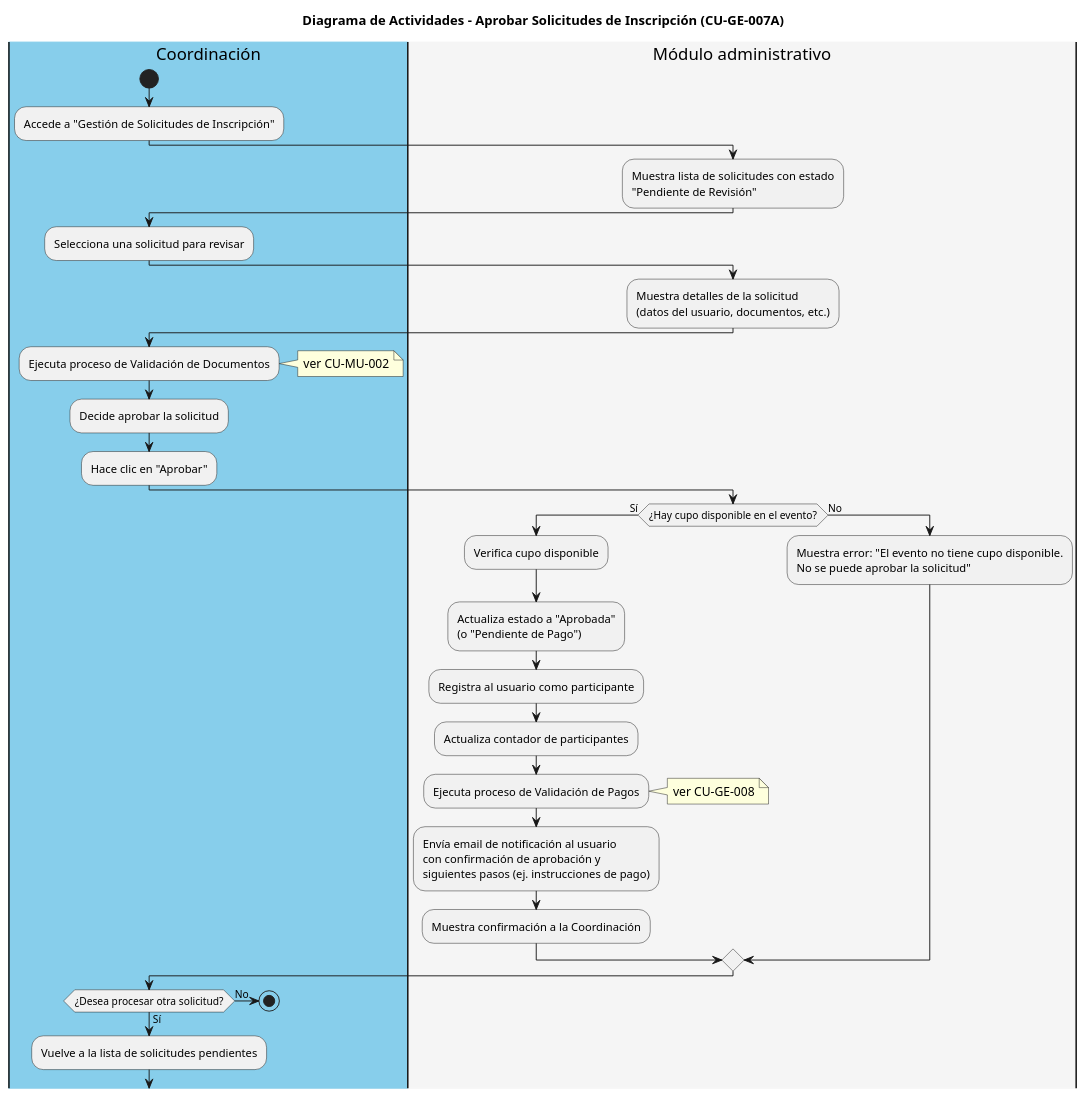
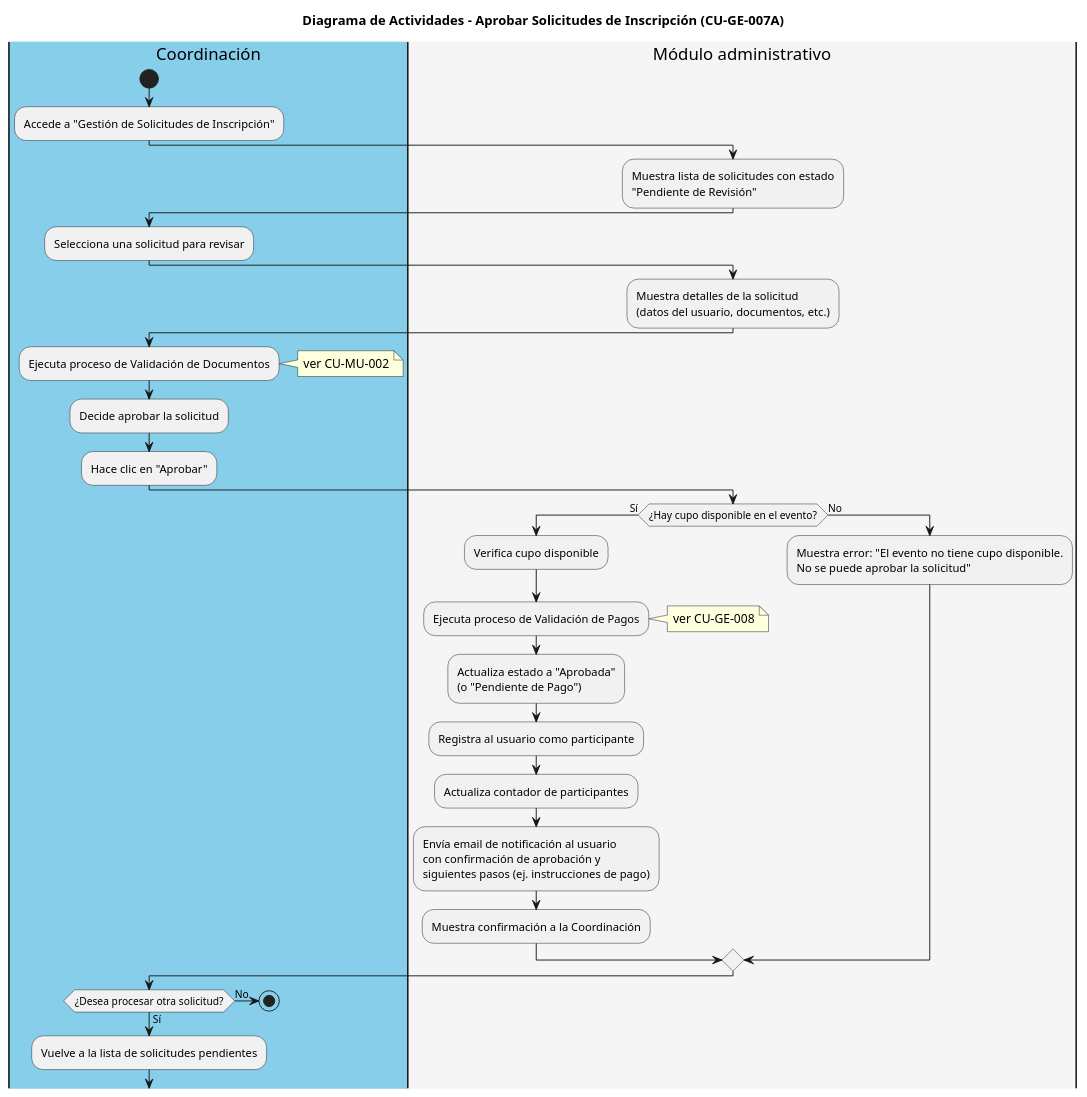
The diagram in code/CU-GE-007A_Aprobar_Inscripciones.puml (iKinoo/baby-salesforce-admin-module), drawn with PlantUML before and after one commit. The commit also changed other lines of this file and 6 other files, not shown here.

```diff
--- a/code/CU-GE-007A_Aprobar_Inscripciones.puml
+++ b/code/CU-GE-007A_Aprobar_Inscripciones.puml
@@ -1,49 +1,49 @@
 @startuml
 title Diagrama de Actividades - Aprobar Solicitudes de Inscripción (CU-GE-007A)
 
 |#skyblue|Coordinación|
 start
 :Accede a "Gestión de Solicitudes de Inscripción";
 
 |#whitesmoke|Módulo administrativo|
 :Muestra lista de solicitudes con estado
 "Pendiente de Revisión";
 
 |#skyblue|Coordinación|
 :Selecciona una solicitud para revisar;
 
 |#whitesmoke|Módulo administrativo|
 :Muestra detalles de la solicitud
 (datos del usuario, documentos, etc.);
 
 |#skyblue|Coordinación|
 :Ejecuta proceso de Validación de Documentos;
 note right: ver CU-MU-002
 :Decide aprobar la solicitud;
 :Hace clic en "Aprobar";
 
 |#whitesmoke|Módulo administrativo|
 if (¿Hay cupo disponible en el evento?) then (Sí)
   :Verifica cupo disponible;
+  :Ejecuta proceso de Validación de Pagos;
+  note right: ver CU-GE-008
   :Actualiza estado a "Aprobada"
   (o "Pendiente de Pago");
   :Registra al usuario como participante;
   :Actualiza contador de participantes;
-  :Ejecuta proceso de Validación de Pagos;
-  note right: ver CU-GE-008
   :Envía email de notificación al usuario
   con confirmación de aprobación y
   siguientes pasos (ej. instrucciones de pago);
   :Muestra confirmación a la Coordinación;
 else (No)
   :Muestra error: "El evento no tiene cupo disponible.
   No se puede aprobar la solicitud";
 endif
 
 |#skyblue|Coordinación|
 if (¿Desea procesar otra solicitud?) then (Sí)
   :Vuelve a la lista de solicitudes pendientes;
 else (No)
   stop
 endif
 @enduml
```
